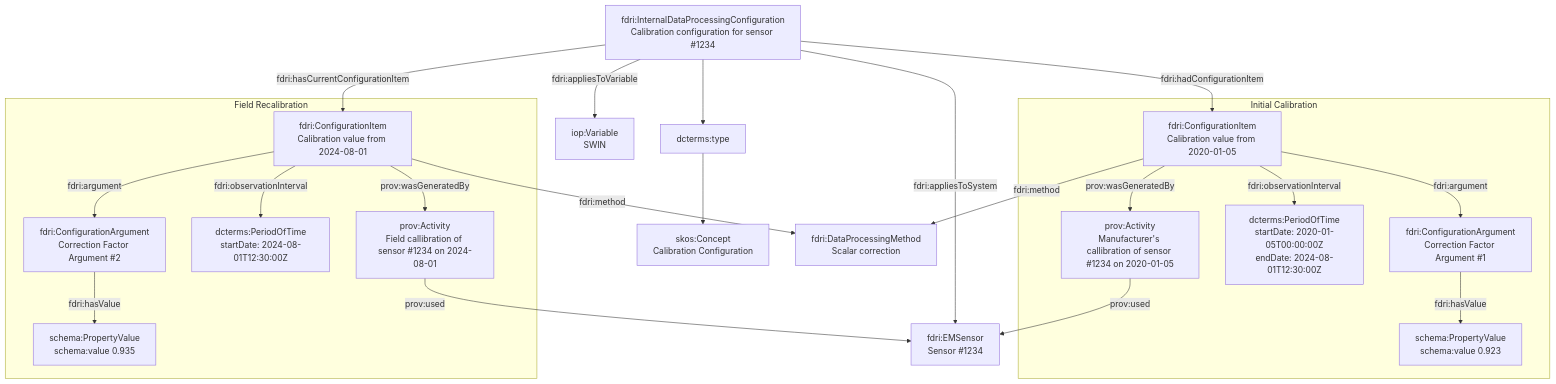
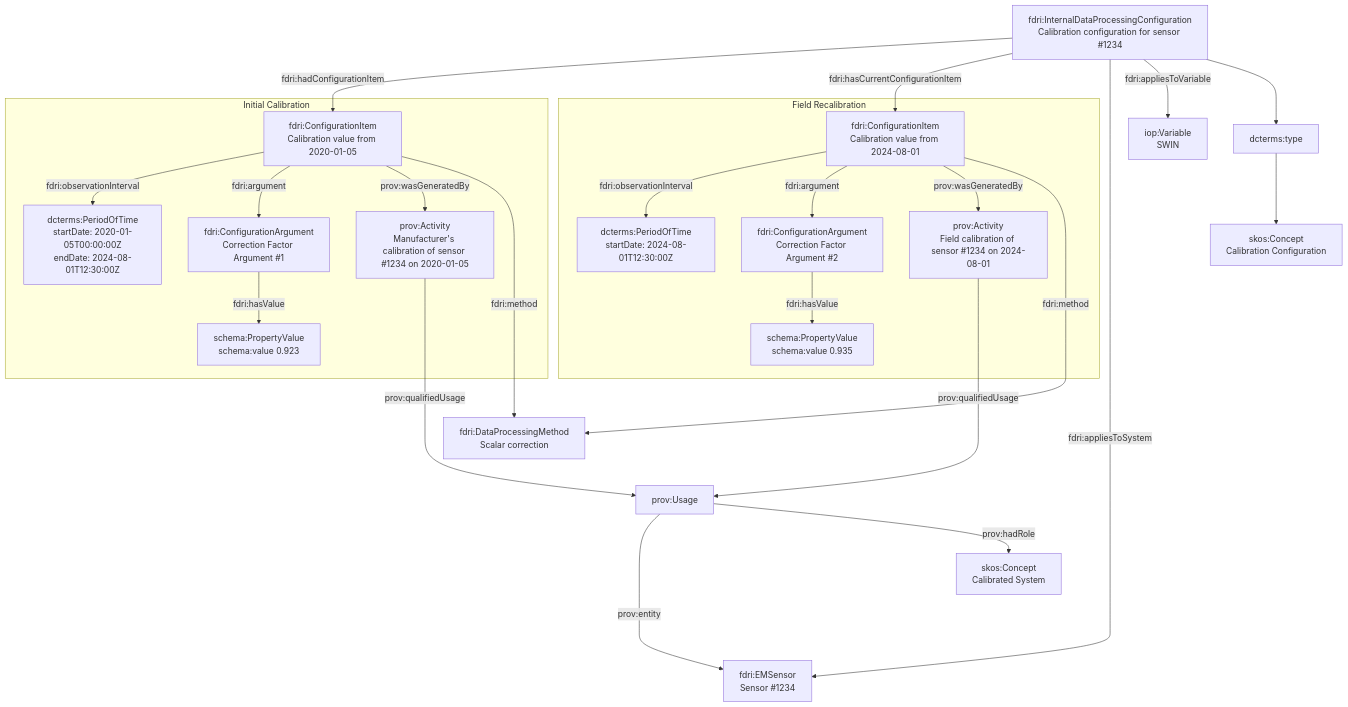
Before and after one commit to NERC-CEH/fdri-ontology: the ninth of 9 diagrams in doc/sensor-system.md, drawn with Mermaid. The commit also changed other lines of this file, not shown here.

Commit message:
Update sensor/system docs

````diff
--- a/doc/sensor-system.md
+++ b/doc/sensor-system.md
@@ -244,55 +267,60 @@
 ```mermaid
 flowchart
 sensor["`fdri:EMSensor
 Sensor #1234`"]
 variable["`iop:Variable
 SWIN`"]
 type["`skos:Concept
 Calibration Configuration`"]
 calibconfig["`fdri:InternalDataProcessingConfiguration
 Calibration configuration for sensor #1234`"]
+sensorUsage["`prov:Usage`"]
 subgraph "Initial Calibration"
   calib1["`prov:Activity
-    Manufacturer's callibration of sensor #1234 on 2020-01-05`"]
+    Manufacturer's calibration of sensor #1234 on 2020-01-05`"]
   calibconfig1["`fdri:ConfigurationItem
   Calibration value from 2020-01-05`"]
   calib1interval["`dcterms:PeriodOfTime
   startDate: 2020-01-05T00:00:00Z
   endDate: 2024-08-01T12:30:00Z`"]
   calibconfig1 -- fdri:observationInterval --> calib1interval
   calibconfig1 -- fdri:argument --> calibarg1
   calibarg1["`fdri:ConfigurationArgument
   Correction Factor Argument #1`"]
   calibval1["`schema:PropertyValue
   schema:value 0.923`"]
   calibarg1 -- fdri:hasValue --> calibval1
 end
 subgraph "Field Recalibration"
 calib2["`prov:Activity
-  Field callibration of sensor #1234 on 2024-08-01`"]
+  Field calibration of sensor #1234 on 2024-08-01`"]
   calibconfig2["`fdri:ConfigurationItem
   Calibration value from 2024-08-01`"]
   calib2interval["`dcterms:PeriodOfTime
   startDate: 2024-08-01T12:30:00Z`"]
   calibconfig2 -- fdri:observationInterval --> calib2interval
   calibarg2["`fdri:ConfigurationArgument
   Correction Factor Argument #2`"]
   calibconfig2 -- fdri:argument --> calibarg2
   calibval2["`schema:PropertyValue
   schema:value 0.935`"]
   calibarg2 -- fdri:hasValue --> calibval2
 end
 calibconfig -- fdri:hadConfigurationItem --> calibconfig1
 calibconfig -- fdri:hasCurrentConfigurationItem --> calibconfig2
 calibconfig -- fdri:appliesToSystem --> sensor
 calibconfig -- fdri:appliesToVariable --> variable
 calibconfig --> dcterms:type --> type
-calib1 -- prov:used --> sensor
-calib2 -- prov:used --> sensor
+calib1 -- prov:qualifiedUsage ----> sensorUsage
+calib2 -- prov:qualifiedUsage ----> sensorUsage
 calibconfig1 -- prov:wasGeneratedBy --> calib1
 calibconfig2 -- prov:wasGeneratedBy --> calib2
 scalar["`fdri:DataProcessingMethod
 Scalar correction`"]
-calibconfig1 -- fdri:method --> scalar
-calibconfig2 -- fdri:method --> scalar
+sensorRole["`skos:Concept
+Calibrated System`"]
+calibconfig1 -- fdri:method ----> scalar
+calibconfig2 -- fdri:method ----> scalar
+sensorUsage -- prov:entity ----> sensor
+sensorUsage -- prov:hadRole --> sensorRole
 ```
````
